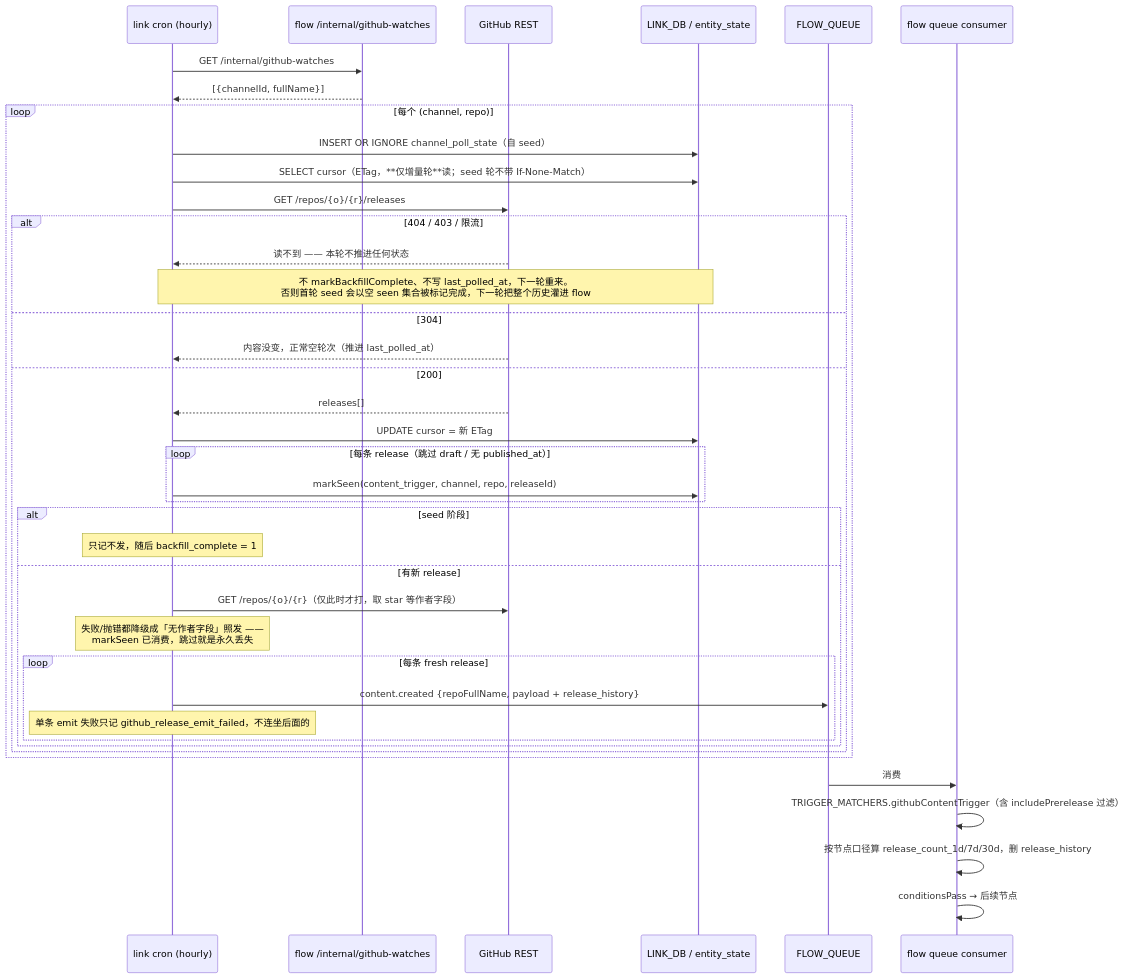
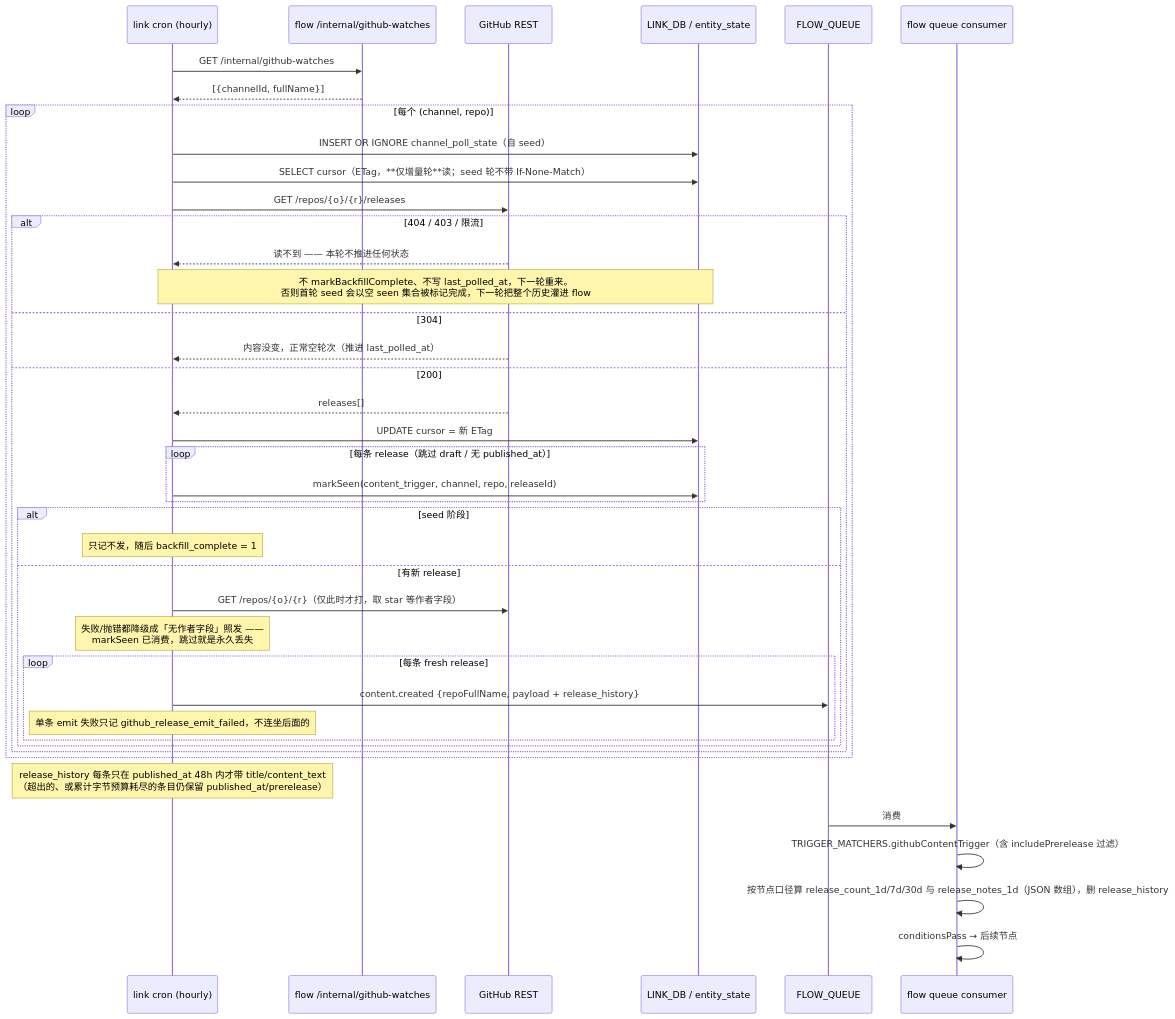
The diagram in link/src/services/pollers/sequence.md (zcqqq/uniscrm-web), drawn with Mermaid before and after one commit. The commit also changed 11 other files, not shown here.

````diff
--- a/link/src/services/pollers/sequence.md
+++ b/link/src/services/pollers/sequence.md
@@ -3,43 +3,44 @@
 ```mermaid
 sequenceDiagram
     participant Cron as link cron (hourly)
     participant Flow as flow /internal/github-watches
     participant GH as GitHub REST
     participant D1 as LINK_DB / entity_state
     participant Q as FLOW_QUEUE
     participant FW as flow queue consumer
 
     Cron->>Flow: GET /internal/github-watches
     Flow-->>Cron: [{channelId, fullName}]
     loop 每个 (channel, repo)
         Cron->>D1: INSERT OR IGNORE channel_poll_state（自 seed）
         Cron->>D1: SELECT cursor（ETag，**仅增量轮**读；seed 轮不带 If-None-Match）
         Cron->>GH: GET /repos/{o}/{r}/releases
         alt 404 / 403 / 限流
             GH-->>Cron: 读不到 —— 本轮不推进任何状态
             Note over Cron,D1: 不 markBackfillComplete、不写 last_polled_at，下一轮重来。<br/>否则首轮 seed 会以空 seen 集合被标记完成，下一轮把整个历史灌进 flow
         else 304
             GH-->>Cron: 内容没变，正常空轮次（推进 last_polled_at）
         else 200
             GH-->>Cron: releases[]
             Cron->>D1: UPDATE cursor = 新 ETag
             loop 每条 release（跳过 draft / 无 published_at）
                 Cron->>D1: markSeen(content_trigger, channel, repo, releaseId)
             end
             alt seed 阶段
                 Note over Cron: 只记不发，随后 backfill_complete = 1
             else 有新 release
                 Cron->>GH: GET /repos/{o}/{r}（仅此时才打，取 star 等作者字段）
                 Note over Cron: 失败/抛错都降级成「无作者字段」照发 ——<br/>markSeen 已消费，跳过就是永久丢失
                 loop 每条 fresh release
                     Cron->>Q: content.created {repoFullName, payload + release_history}
                     Note over Cron: 单条 emit 失败只记 github_release_emit_failed，不连坐后面的
                 end
             end
         end
     end
+    Note over Cron: release_history 每条只在 published_at 48h 内才带 title/content_text<br/>（超出的、或累计字节预算耗尽的条目仍保留 published_at/prerelease）
     Q->>FW: 消费
     FW->>FW: TRIGGER_MATCHERS.githubContentTrigger（含 includePrerelease 过滤）
-    FW->>FW: 按节点口径算 release_count_1d/7d/30d，删 release_history
+    FW->>FW: 按节点口径算 release_count_1d/7d/30d 与 release_notes_1d（JSON 数组），删 release_history
     FW->>FW: conditionsPass → 后续节点
 ```
````
